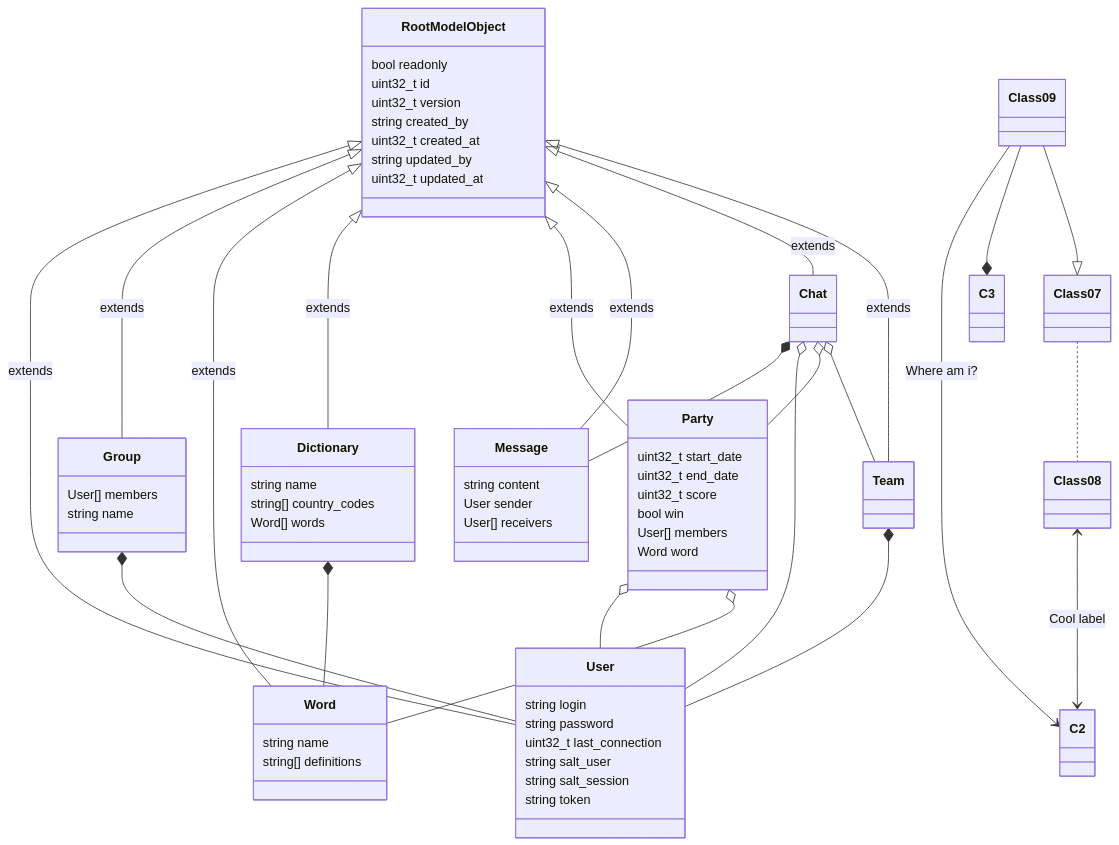
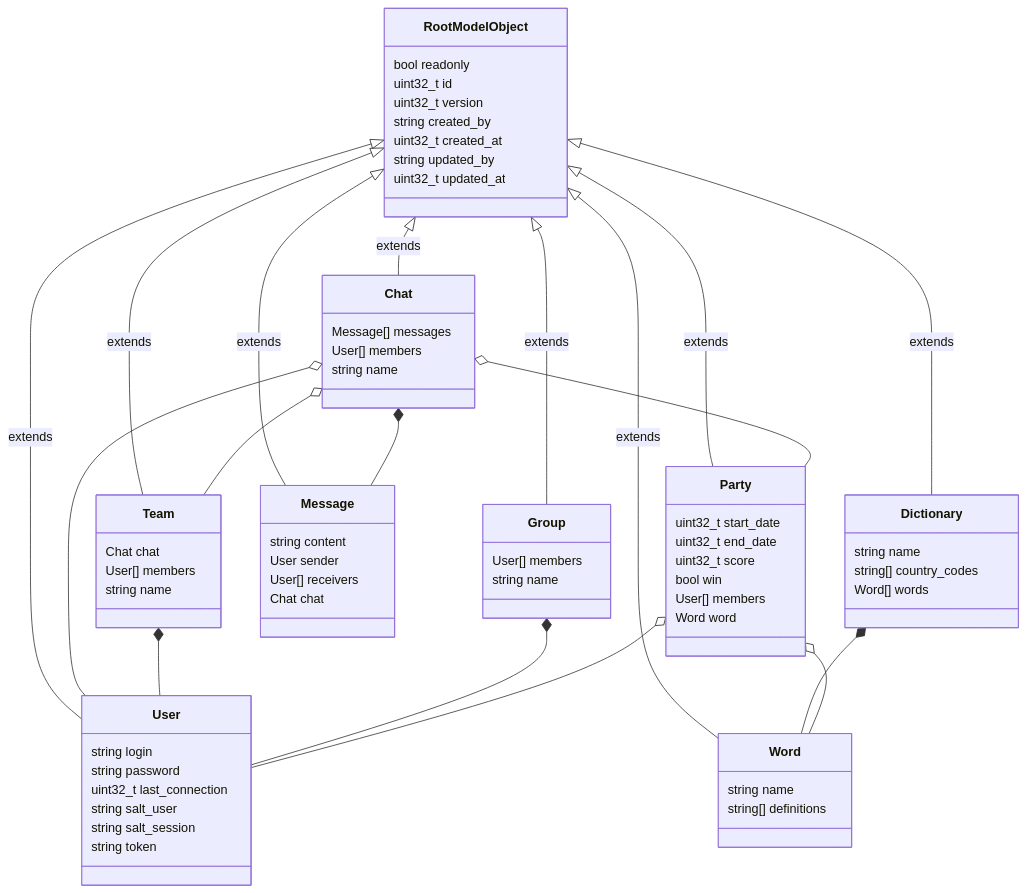
One commit to MGuillaumeF/hangman-game changed the diagram in wiki/dev-rules.md. Above: the diagram before and after it, drawn with Mermaid.

````diff
--- a/wiki/dev-rules.md
+++ b/wiki/dev-rules.md
@@ -57,55 +57,56 @@
 ```mermaid
 classDiagram
 RootModelObject <|-- User : extends
 RootModelObject <|-- Group : extends
 RootModelObject <|-- Word : extends
 RootModelObject <|-- Dictionary : extends
 RootModelObject <|-- Party : extends
 RootModelObject <|-- Message : extends
 RootModelObject <|-- Chat : extends
 RootModelObject <|-- Team : extends
 Chat *-- Message
 Chat o-- User
 Chat o-- Party
 Chat o-- Team
 Team *-- User
 Group *-- User
 Dictionary *-- Word
 Party o-- User
 Party o-- Word
-Class07 .. Class08
-Class09 --> C2 : Where am i?
-Class09 --* C3
-Class09 --|> Class07
 RootModelObject : bool readonly
 RootModelObject : uint32_t id
 RootModelObject : uint32_t version
 RootModelObject : string created_by
 RootModelObject : uint32_t created_at
 RootModelObject : string updated_by
 RootModelObject : uint32_t updated_at
 User : string login
 User : string password
 User : uint32_t last_connection
 User : string salt_user
 User : string salt_session
 User : string token
 Group : User[] members
 Group : string name
 Dictionary : string name
 Dictionary : string[] country_codes
 Dictionary : Word[] words
 Word : string name
 Word : string[] definitions
 Party : uint32_t start_date
 Party : uint32_t end_date
 Party : uint32_t score
 Party : bool win
 Party : User[] members
 Party : Word word
 Message : string content
 Message : User sender
 Message : User[] receivers
-Class08 <--> C2: Cool label
-
+Message : Chat chat
+Chat : Message[] messages
+Chat : User[] members
+Chat : string name
+Team : Chat chat
+Team : User[] members
+Team : string name
 ```
````
